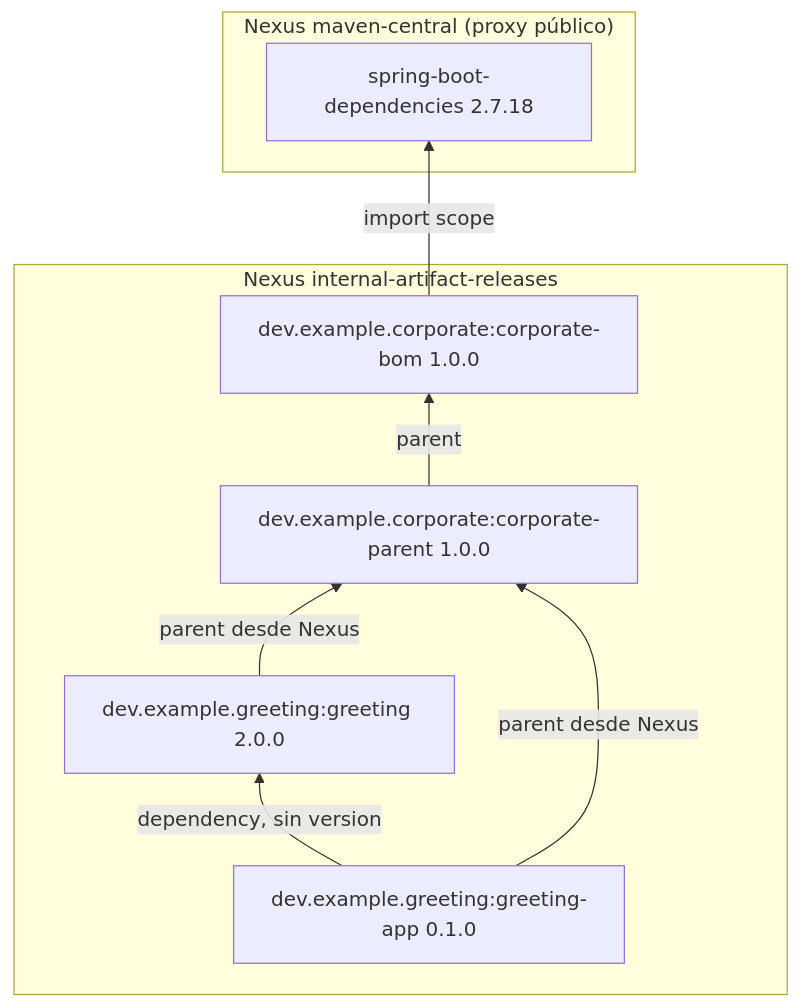
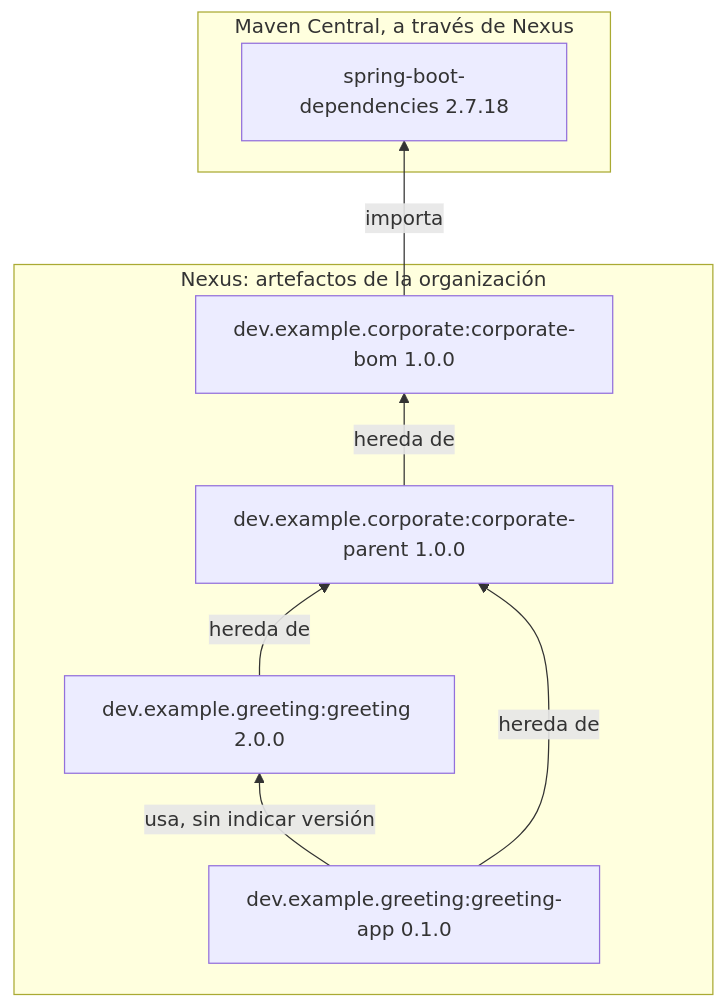
The first of 4 diagrams in README.md (IAAA-Lab/maven-corporate-pom), drawn with Mermaid before and after one commit. The commit also changed other lines of this file, not shown here.

````diff
--- a/README.md
+++ b/README.md
@@ -119,18 +65,18 @@
 ```mermaid
 flowchart BT
-    subgraph external["Nexus maven-central (proxy público)"]
+    subgraph external["Maven Central, a través de Nexus"]
         bootBom["spring-boot-dependencies 2.7.18"]
     end
-    subgraph internal["Nexus internal-artifact-releases"]
+    subgraph internal["Nexus: artefactos de la organización"]
         bom["dev.example.corporate:corporate-bom 1.0.0"]
         parent["dev.example.corporate:corporate-parent 1.0.0"]
         library["dev.example.greeting:greeting 2.0.0"]
         app["dev.example.greeting:greeting-app 0.1.0"]
     end
 
-    bom -->|"import scope"| bootBom
-    parent -->|"parent"| bom
-    library -->|"parent desde Nexus"| parent
-    app -->|"parent desde Nexus"| parent
-    app -->|"dependency, sin version"| library
+    bom -->|"importa"| bootBom
+    parent -->|"hereda de"| bom
+    library -->|"hereda de"| parent
+    app -->|"hereda de"| parent
+    app -->|"usa, sin indicar versión"| library
 ```
````
